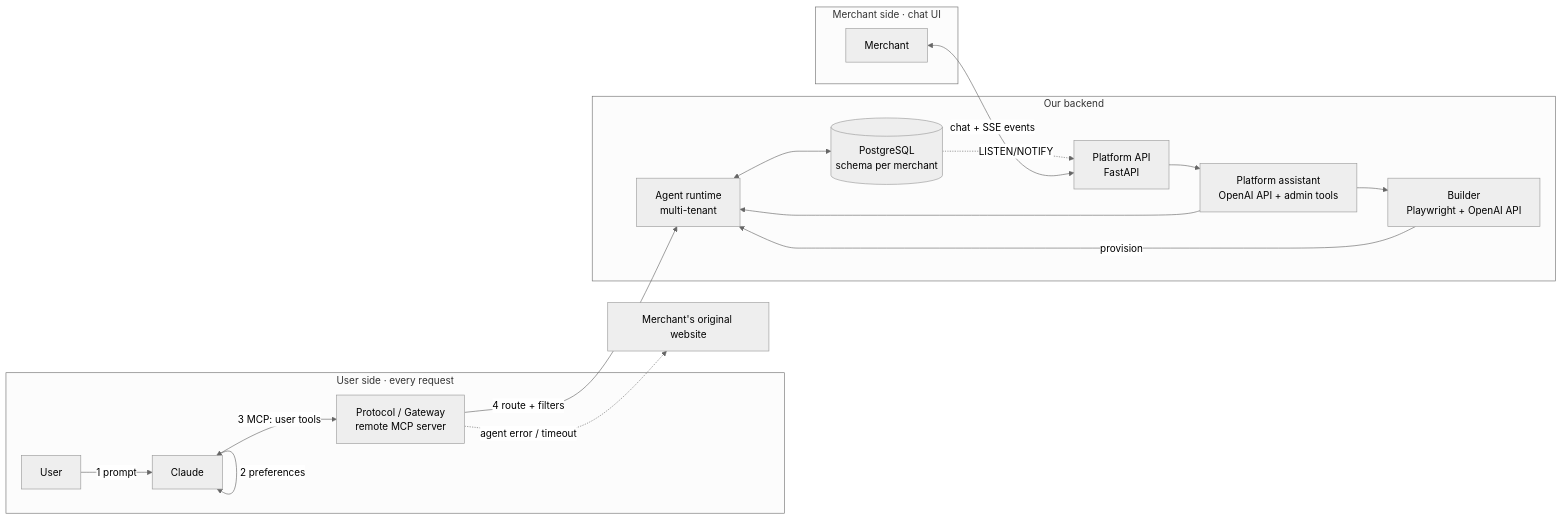
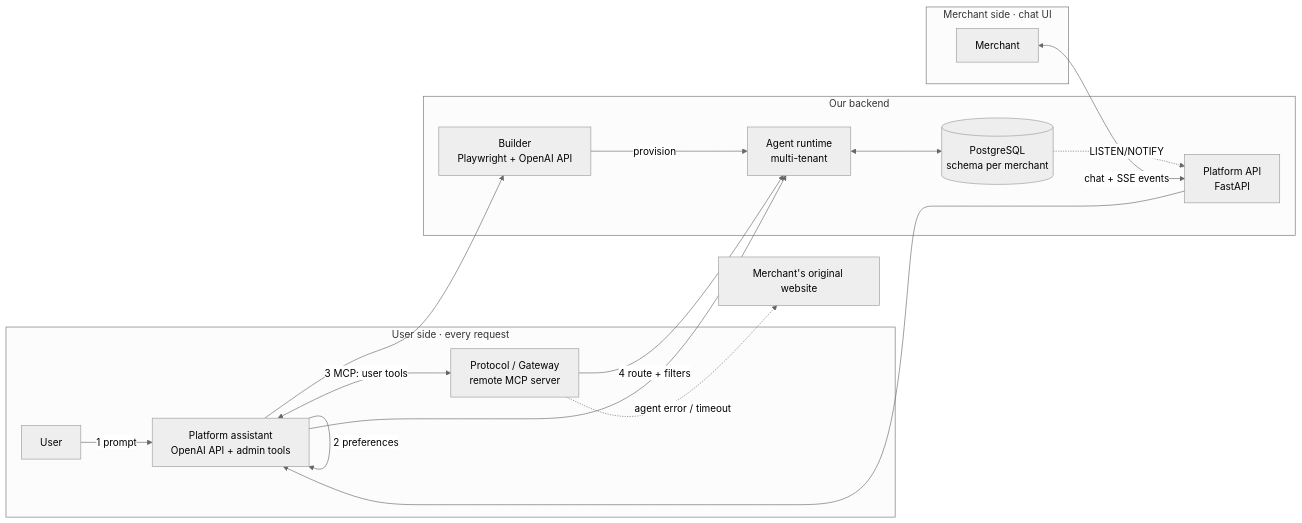
One commit to MaxEntz/BaselHack2026 changed the diagram in AGENTS.md. Above: the diagram before and after it, drawn with Mermaid (neutral theme). The commit also changed other lines of this file and 13 other files, not shown here.

First line of the commit message:
docs: say "AI assistant" where it isn't specific to Claude

````diff
--- a/AGENTS.md
+++ b/AGENTS.md
@@ -68,24 +69,24 @@
 ```mermaid
 flowchart LR
   subgraph USER[User side · every request]
-    User -->|1 prompt| Claude
-    Claude -->|2 preferences| Claude
-    Claude <-->|3 MCP: user tools| Gateway[Protocol / Gateway<br/>remote MCP server]
+    User -->|1 prompt| Assistant[AI assistant]
+    Assistant -->|2 preferences| Assistant
+    Assistant <-->|3 MCP: user tools| Gateway[Protocol / Gateway<br/>remote MCP server]
   end
 
   subgraph CORE[Our backend]
     Gateway -->|4 route + filters| Agent[Agent runtime<br/>multi-tenant]
     Agent <--> DB[(PostgreSQL<br/>schema per merchant)]
     Platform[Platform API<br/>FastAPI] --> Assistant[Platform assistant<br/>OpenAI API + admin tools]
     Assistant --> Agent
     Assistant --> Builder[Builder<br/>Playwright + OpenAI API]
     Builder -->|provision| Agent
     DB -. LISTEN/NOTIFY .-> Platform
   end
 
   subgraph MERCHANT[Merchant side · chat UI]
     Merchant <-->|chat + SSE events| Platform
   end
 
   Gateway -. agent error / timeout .-> Fallback[Merchant's original website]
 ```
````
